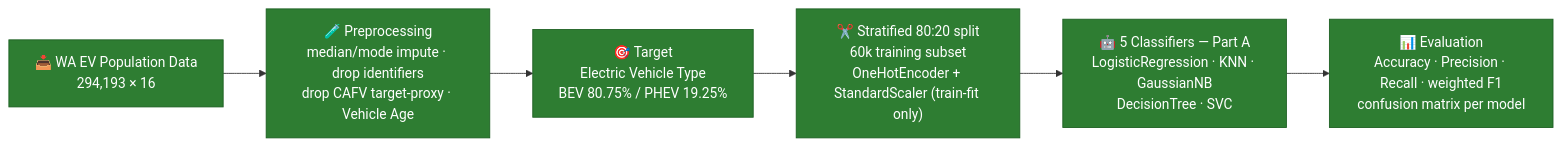
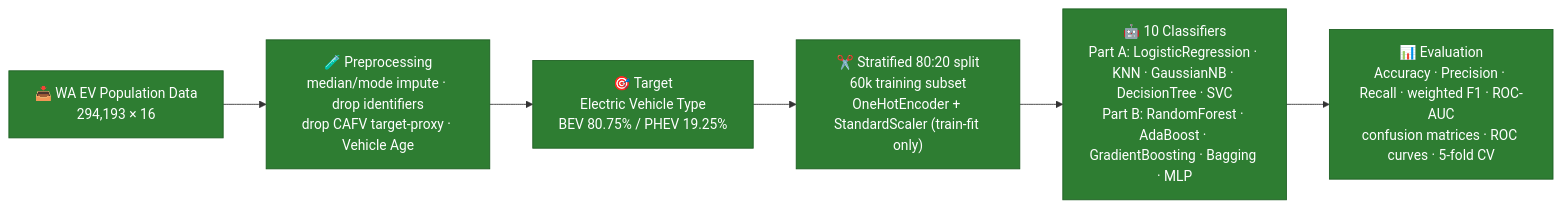
One commit to Roots26Hz/ChargeIQ changed the second of 3 diagrams in README.md. Above: the diagram before and after it, drawn with Mermaid. The commit also changed other lines of this file and 8 other files, not shown here.

````diff
--- a/README.md
+++ b/README.md
@@ -74,12 +105,12 @@
 ```mermaid
 flowchart LR
     D2["📥 WA EV Population Data<br/>294,193 × 16"]
     P2["🧪 Preprocessing<br/>median/mode impute · drop identifiers<br/>drop CAFV target-proxy · Vehicle Age"]
     T2["🎯 Target<br/>Electric Vehicle Type<br/>BEV 80.75% / PHEV 19.25%"]
     S2["✂️ Stratified 80:20 split<br/>60k training subset<br/>OneHotEncoder + StandardScaler (train-fit only)"]
-    A2["🤖 5 Classifiers — Part A<br/>LogisticRegression · KNN · GaussianNB<br/>DecisionTree · SVC"]
-    E2["📊 Evaluation<br/>Accuracy · Precision · Recall · weighted F1<br/>confusion matrix per model"]
+    A2["🤖 10 Classifiers<br/>Part A: LogisticRegression · KNN · GaussianNB · DecisionTree · SVC<br/>Part B: RandomForest · AdaBoost · GradientBoosting · Bagging · MLP"]
+    E2["📊 Evaluation<br/>Accuracy · Precision · Recall · weighted F1 · ROC-AUC<br/>confusion matrices · ROC curves · 5-fold CV"]
     D2 --> P2 --> T2 --> S2 --> A2 --> E2
     classDef done fill:#2E7D32,stroke:#1B5E20,color:#fff
     class D2,P2,T2,S2,A2,E2 done
 ```
````
